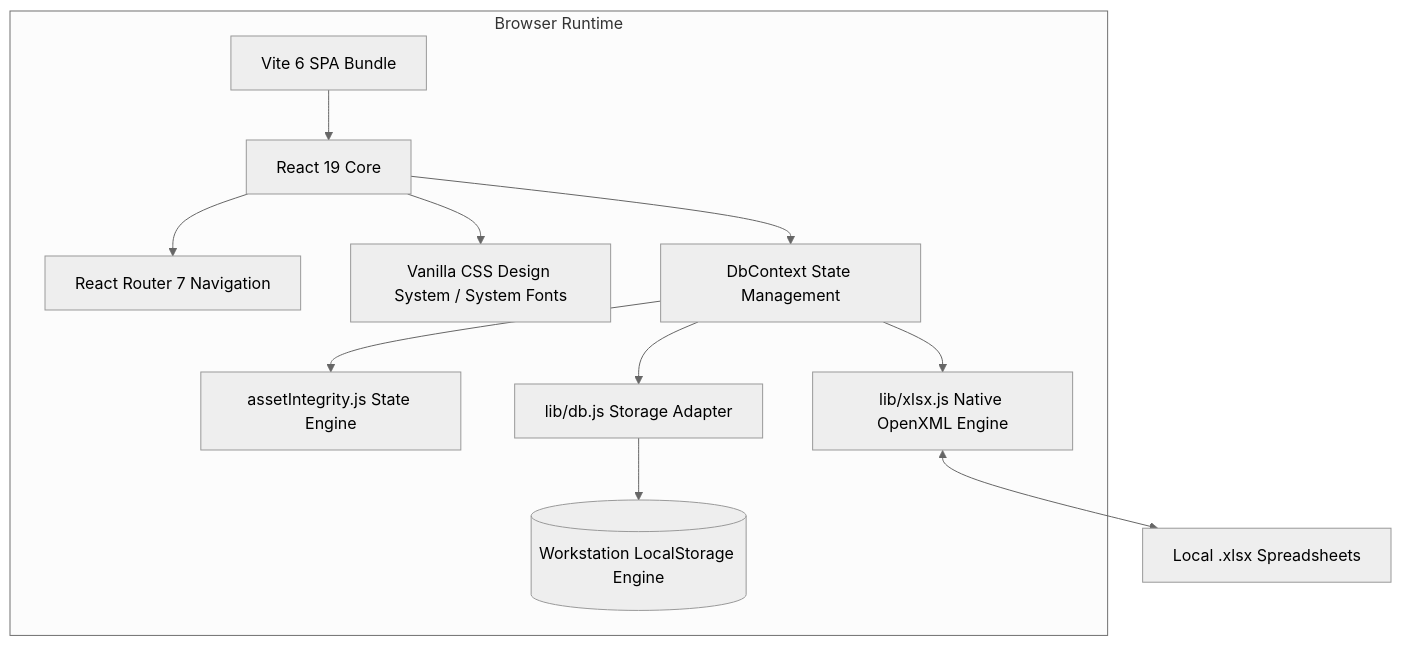
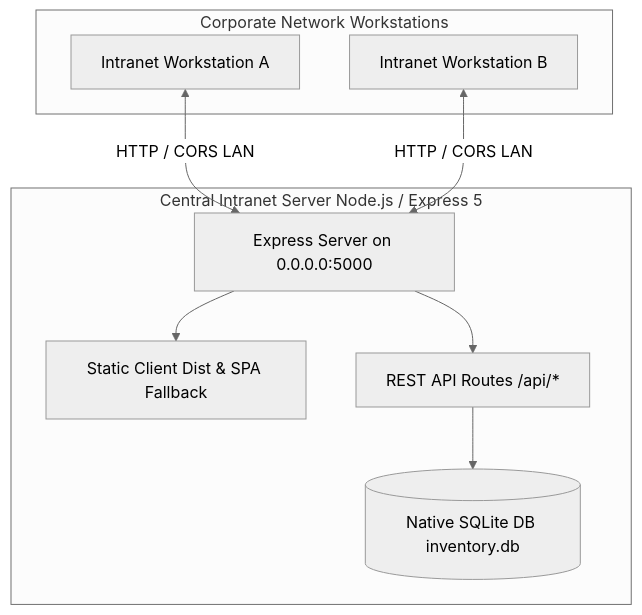
One commit to SDSAJames/Inventory-Management-Software changed the first of 2 diagrams in Technical Specification.md. Above: the diagram before and after it, drawn with Mermaid (neutral theme). The commit also changed other lines of this file and 11 other files, not shown here.

Commit message:
connected Corporate Intranet Multi-Host Network Environment

````diff
--- a/Technical Specification.md
+++ b/Technical Specification.md
@@ -19,14 +19,20 @@
 ```mermaid
 graph TD
-    subgraph Browser Runtime
-        Vite[Vite 6 SPA Bundle] --> React[React 19 Core]
-        React --> Router[React Router 7 Navigation]
-        React --> CSS[Vanilla CSS Design System / System Fonts]
-        React --> StateCtx[DbContext State Management]
-        StateCtx --> Integrity[assetIntegrity.js State Engine]
-        StateCtx --> DBAdapter[lib/db.js Storage Adapter]
-        DBAdapter --> LocalStorage[(Workstation LocalStorage Engine)]
-        StateCtx --> XLSXEngine[lib/xlsx.js Native OpenXML Engine]
+    subgraph Corporate Network Workstations
+        ClientA[Intranet Workstation A]
+        ClientB[Intranet Workstation B]
     end
-    XLSXEngine <--> FileSystem[Local .xlsx Spreadsheets]
+
+    subgraph Central Intranet Server Node.js / Express 5
+        Server[Express Server on 0.0.0.0:5000]
+        SPAFallback[Static Client Dist & SPA Fallback]
+        APIRouter[REST API Routes /api/*]
+        SQLite[(Native SQLite DB inventory.db)]
+    end
+
+    ClientA <-->|HTTP / CORS LAN| Server
+    ClientB <-->|HTTP / CORS LAN| Server
+    Server --> SPAFallback
+    Server --> APIRouter
+    APIRouter --> SQLite
 ```
````
